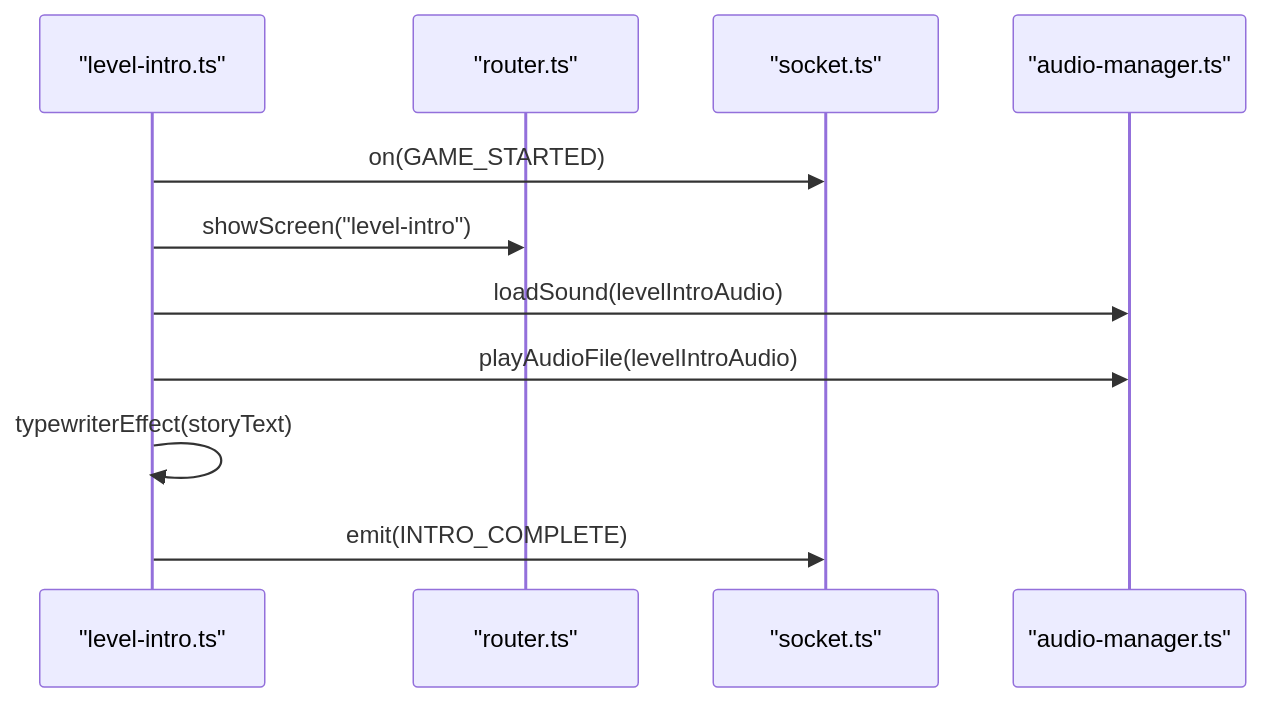
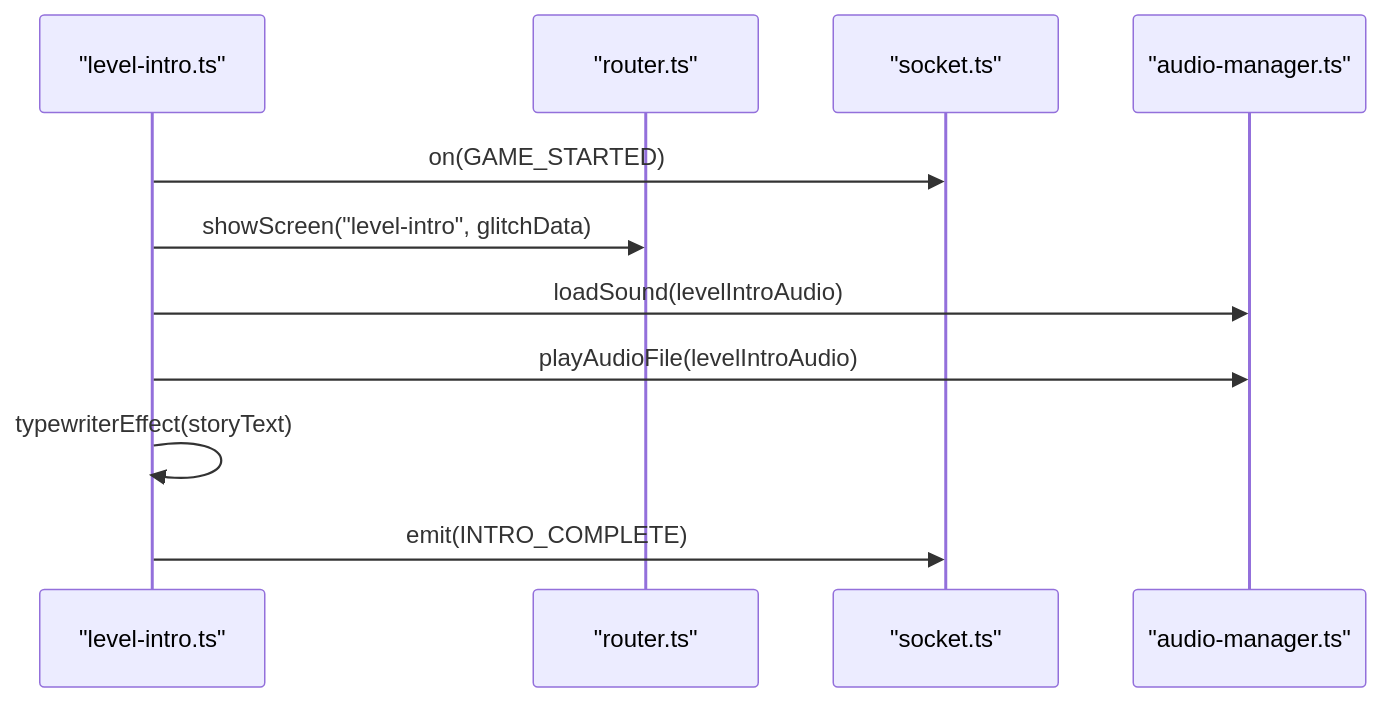
Before and after one commit to dkoukoul/escape-room-mvp: the fourth of 8 diagrams in .qoder/repowiki/en/content/Client Application/Screen Management.md, drawn with Mermaid. The commit also changed other lines of this file and 21 other files, not shown here.

````diff
--- a/.qoder/repowiki/en/content/Client Application/Screen Management.md
+++ b/.qoder/repowiki/en/content/Client Application/Screen Management.md
@@ -205,13 +241,13 @@
 ```mermaid
 sequenceDiagram
 participant Intro as "level-intro.ts"
 participant Router as "router.ts"
 participant Sock as "socket.ts"
 participant Audio as "audio-manager.ts"
 Intro->>Sock : on(GAME_STARTED)
-Intro->>Router : showScreen("level-intro")
+Intro->>Router : showScreen("level-intro", glitchData)
 Intro->>Audio : loadSound(levelIntroAudio)
 Intro->>Audio : playAudioFile(levelIntroAudio)
 Intro->>Intro : typewriterEffect(storyText)
 Intro->>Sock : emit(INTRO_COMPLETE)
 ```
````
